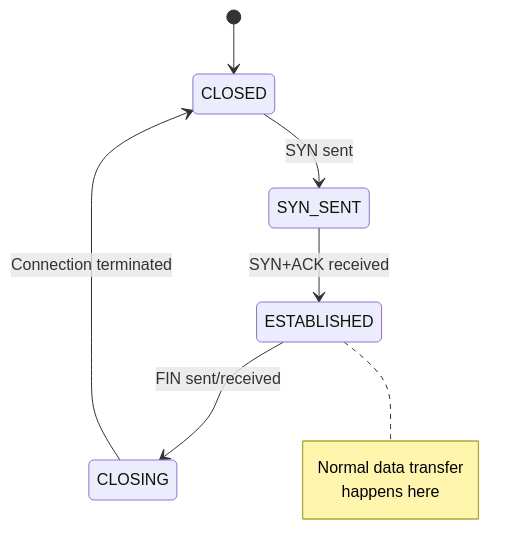
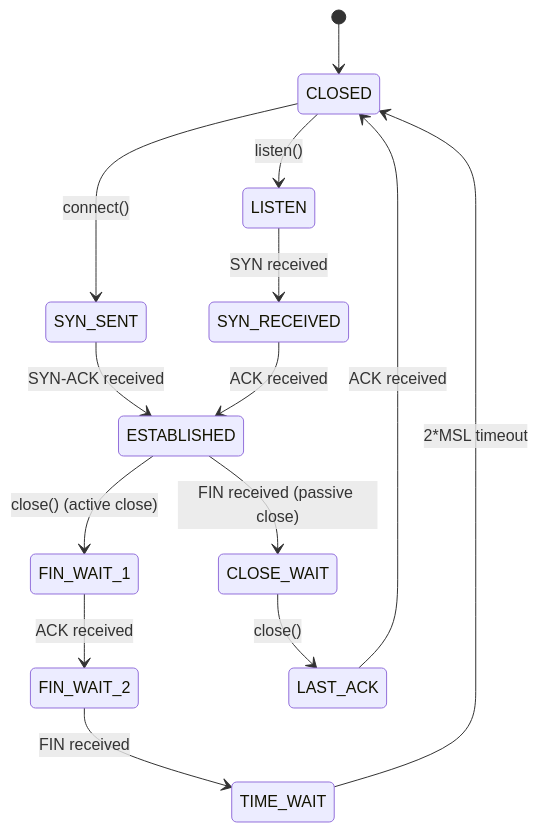
The second of 3 diagrams in teaching/01-osi-model-deep-dive.md (channyeintun/learn-cloud-native-network-programming), drawn with Mermaid before and after one commit. The commit also changed other lines of this file and 29 other files, not shown here.

````diff
--- a/teaching/01-osi-model-deep-dive.md
+++ b/teaching/01-osi-model-deep-dive.md
@@ -130,13 +130,18 @@
 ```mermaid
 stateDiagram-v2
     [*] --> CLOSED
-    CLOSED --> SYN_SENT: SYN sent
-    SYN_SENT --> ESTABLISHED: SYN+ACK received
-    ESTABLISHED --> CLOSING: FIN sent/received
-    CLOSING --> CLOSED: Connection terminated
-    
-    note right of ESTABLISHED
-        Normal data transfer
-        happens here
-    end note
+    CLOSED --> SYN_SENT: connect()
+    CLOSED --> LISTEN: listen()
+    LISTEN --> SYN_RECEIVED: SYN received
+    SYN_SENT --> ESTABLISHED: SYN-ACK received
+    SYN_RECEIVED --> ESTABLISHED: ACK received
+
+    ESTABLISHED --> FIN_WAIT_1: close() (active close)
+    FIN_WAIT_1 --> FIN_WAIT_2: ACK received
+    FIN_WAIT_2 --> TIME_WAIT: FIN received
+    TIME_WAIT --> CLOSED: 2*MSL timeout
+
+    ESTABLISHED --> CLOSE_WAIT: FIN received (passive close)
+    CLOSE_WAIT --> LAST_ACK: close()
+    LAST_ACK --> CLOSED: ACK received
 ```
````
